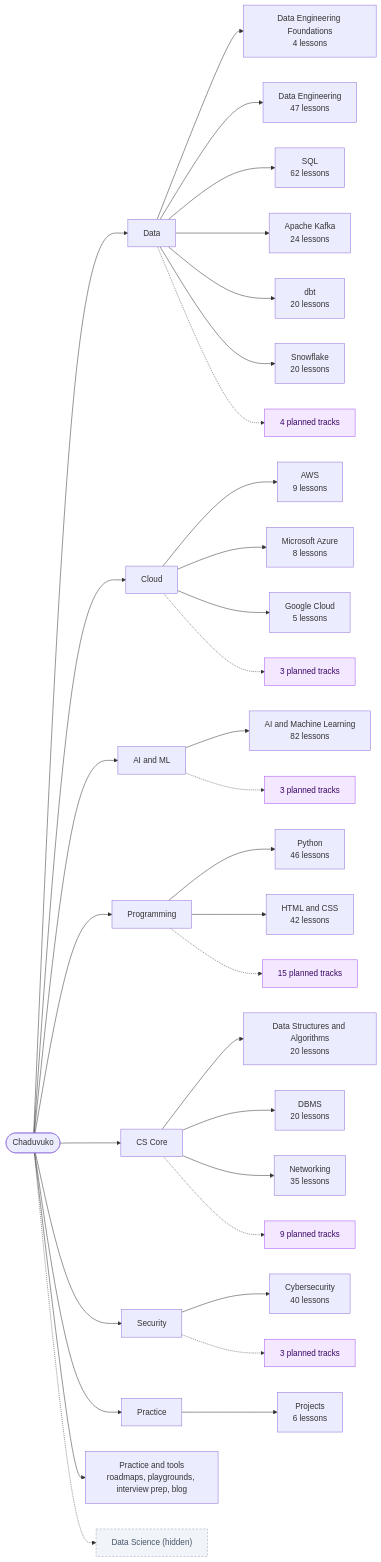
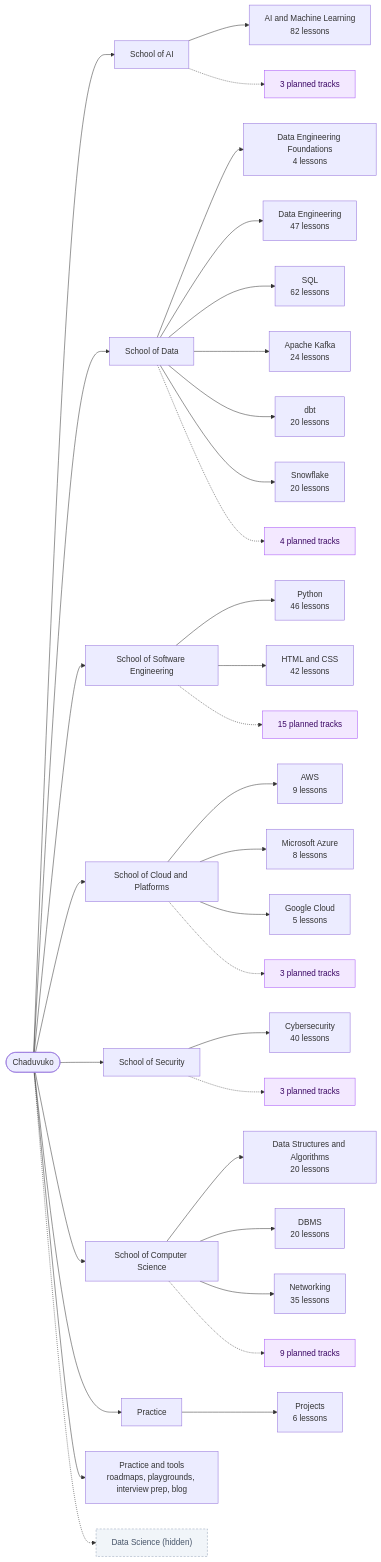
The diagram in docs/chaduvuko/SITE_MAP.md (Asil143/chaduvuko), drawn with Mermaid before and after one commit. The commit also changed other lines of this file and 26 other files, not shown here.

````diff
--- a/docs/chaduvuko/SITE_MAP.md
+++ b/docs/chaduvuko/SITE_MAP.md
@@ -23,38 +25,38 @@
 ```mermaid
 flowchart LR
   root(["Chaduvuko"])
-  root --> area_data["Data"]
+  root --> area_ai["School of AI"]
+  area_ai --> t_ai_ml["AI and Machine Learning<br/>82 lessons"]
+  area_ai -.-> p_ai["3 planned tracks"]:::planned
+  root --> area_data["School of Data"]
   area_data --> t_foundations["Data Engineering Foundations<br/>4 lessons"]
   area_data --> t_data_engineering["Data Engineering<br/>47 lessons"]
   area_data --> t_sql["SQL<br/>62 lessons"]
   area_data --> t_apache_kafka["Apache Kafka<br/>24 lessons"]
   area_data --> t_dbt["dbt<br/>20 lessons"]
   area_data --> t_snowflake["Snowflake<br/>20 lessons"]
   area_data -.-> p_data["4 planned tracks"]:::planned
-  root --> area_cloud["Cloud"]
+  root --> area_programming["School of Software Engineering"]
+  area_programming --> t_python["Python<br/>46 lessons"]
+  area_programming --> t_html_css["HTML and CSS<br/>42 lessons"]
+  area_programming -.-> p_programming["15 planned tracks"]:::planned
+  root --> area_cloud["School of Cloud and Platforms"]
   area_cloud --> t_aws["AWS<br/>9 lessons"]
   area_cloud --> t_azure["Microsoft Azure<br/>8 lessons"]
   area_cloud --> t_gcp["Google Cloud<br/>5 lessons"]
   area_cloud -.-> p_cloud["3 planned tracks"]:::planned
-  root --> area_ai["AI and ML"]
-  area_ai --> t_ai_ml["AI and Machine Learning<br/>82 lessons"]
-  area_ai -.-> p_ai["3 planned tracks"]:::planned
-  root --> area_programming["Programming"]
-  area_programming --> t_python["Python<br/>46 lessons"]
-  area_programming --> t_html_css["HTML and CSS<br/>42 lessons"]
-  area_programming -.-> p_programming["15 planned tracks"]:::planned
-  root --> area_cs["CS Core"]
+  root --> area_security["School of Security"]
+  area_security --> t_cybersecurity["Cybersecurity<br/>40 lessons"]
+  area_security -.-> p_security["3 planned tracks"]:::planned
+  root --> area_cs["School of Computer Science"]
   area_cs --> t_dsa["Data Structures and Algorithms<br/>20 lessons"]
   area_cs --> t_dbms["DBMS<br/>20 lessons"]
   area_cs --> t_networking["Networking<br/>35 lessons"]
   area_cs -.-> p_cs["9 planned tracks"]:::planned
-  root --> area_security["Security"]
-  area_security --> t_cybersecurity["Cybersecurity<br/>40 lessons"]
-  area_security -.-> p_security["3 planned tracks"]:::planned
   root --> area_practice["Practice"]
   area_practice --> t_projects["Projects<br/>6 lessons"]
   root --> practice["Practice and tools<br/>roadmaps, playgrounds, interview prep, blog"]
   root -.-> h_data_science["Data Science (hidden)"]:::hidden
   classDef planned fill:#f3e8ff,stroke:#a855f7,color:#3b0764
   classDef hidden fill:#f1f5f9,stroke:#94a3b8,color:#475569,stroke-dasharray: 4 3
 ```
````
